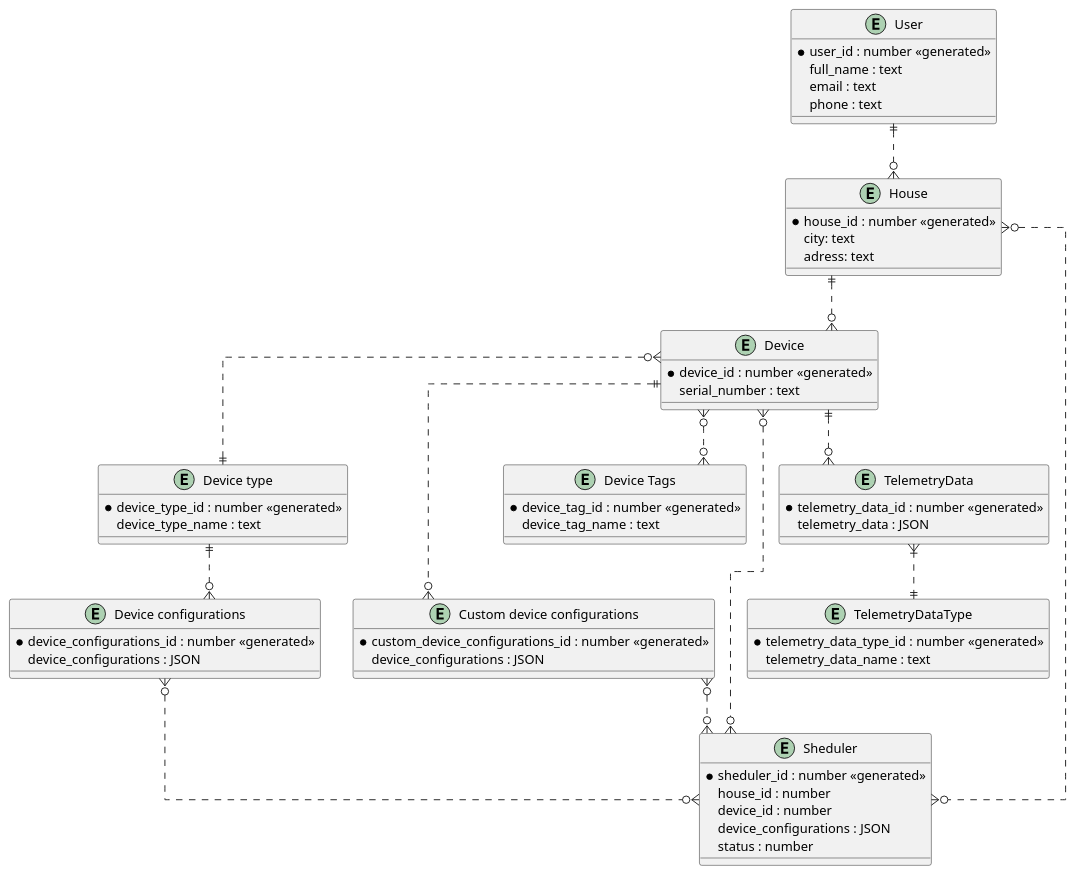
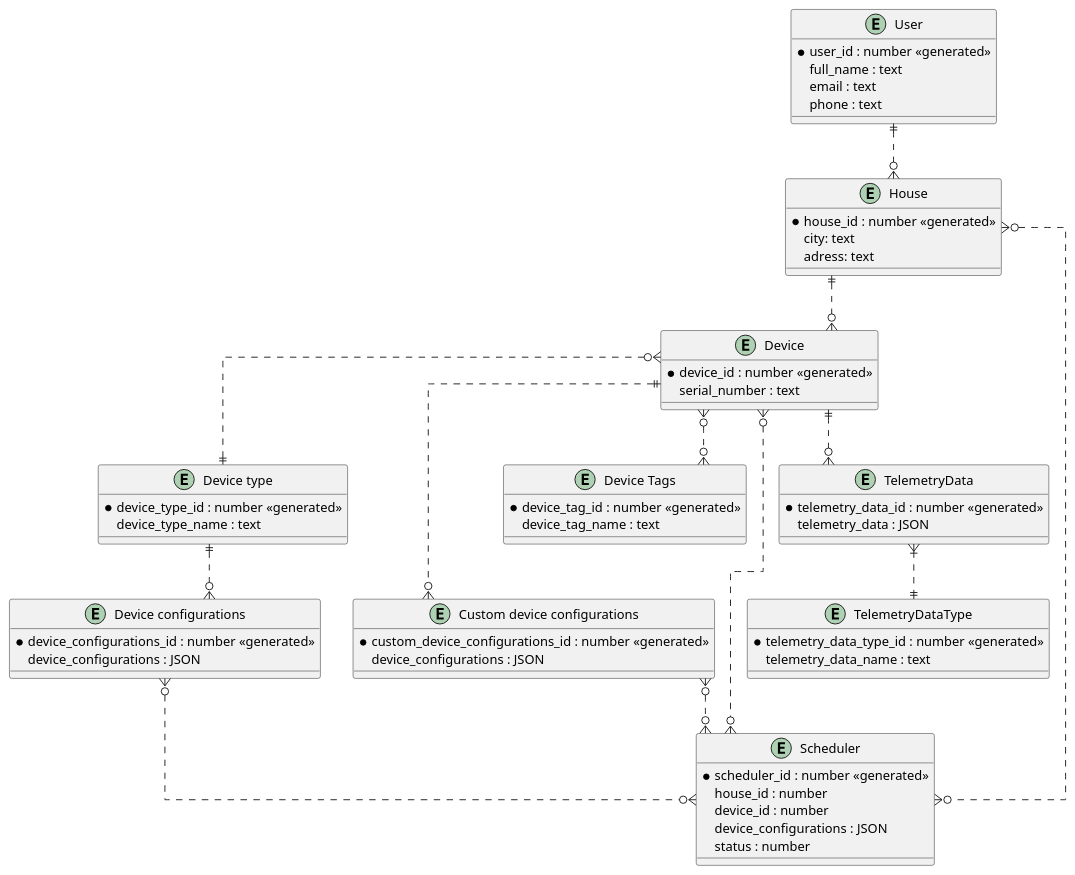
The diagram in docs/c4/code/house-managment.erd.puml (artyomich/archSprint3), drawn with PlantUML before and after one commit. The commit also changed 6 other files, not shown here.

```diff
--- a/docs/c4/code/house-managment.erd.puml
+++ b/docs/c4/code/house-managment.erd.puml
@@ -1,81 +1,81 @@
 @startuml
 
 skinparam linetype ortho
 
 entity "User" as User {
   *user_id : number <<generated>>
   full_name : text
   email : text
   phone : text
 }
 
 entity "House" as House {
   *house_id : number <<generated>>
   city: text
   adress: text
 }
 
 entity "Device" as Device {
   *device_id : number <<generated>>
   serial_number : text
 }
 
 entity "Device type" as DeviceType {
   *device_type_id : number <<generated>>
   device_type_name : text
 }
 
 entity "Device configurations" as DeviceConfigurations {
   *device_configurations_id : number <<generated>>
   ' *device_id : number <<FK>>
   device_configurations : JSON
 }
 
 entity "Custom device configurations" as CustomDeviceConfigurations {
   *custom_device_configurations_id : number <<generated>>
   ' *device_id : number <<FK>>
   device_configurations : JSON
 }
 
 entity "Device Tags" as DeviceTags {
   *device_tag_id : number <<generated>>
   device_tag_name : text
 }
 
 entity "TelemetryData" as TelemetryData {
   *telemetry_data_id : number <<generated>>
   telemetry_data : JSON
 }
 
 entity "TelemetryDataType" as TelemetryDataType {
   *telemetry_data_type_id : number <<generated>>
   telemetry_data_name : text
 }
 
-entity "Sheduler" as Sheduler {
-  *sheduler_id : number <<generated>>
+entity "Scheduler" as Scheduler {
+  *scheduler_id : number <<generated>>
   house_id : number
   device_id : number
   device_configurations : JSON
   status : number
 }
 
 User ||..o{ House
 
 House ||..o{ Device
 
 Device }o..|| DeviceType
 Device }o..o{ DeviceTags
 Device ||..o{ CustomDeviceConfigurations
 Device ||..o{ TelemetryData
 
 DeviceType ||..o{ DeviceConfigurations
 
 TelemetryData }|..|| TelemetryDataType
 
-House }o..o{ Sheduler
-Device }o..o{ Sheduler
-DeviceConfigurations }o..o{ Sheduler
-CustomDeviceConfigurations }o..o{ Sheduler
+House }o..o{ Scheduler
+Device }o..o{ Scheduler
+DeviceConfigurations }o..o{ Scheduler
+CustomDeviceConfigurations }o..o{ Scheduler
 
 @enduml
```
